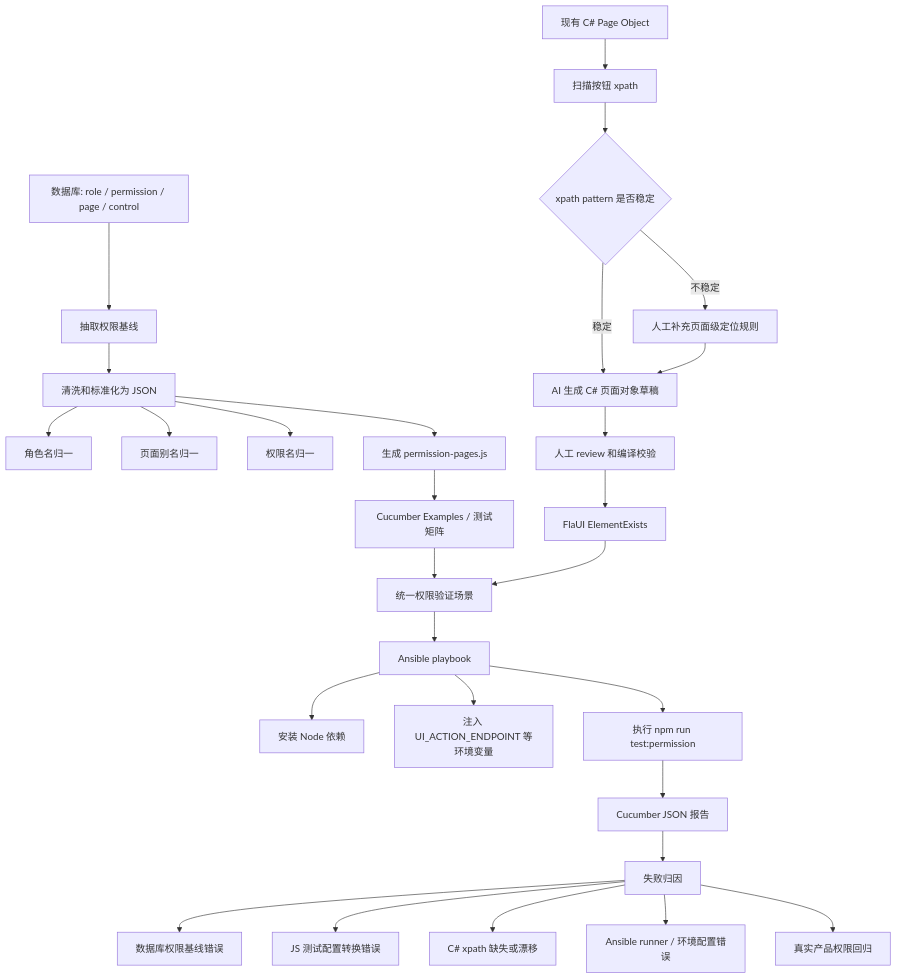
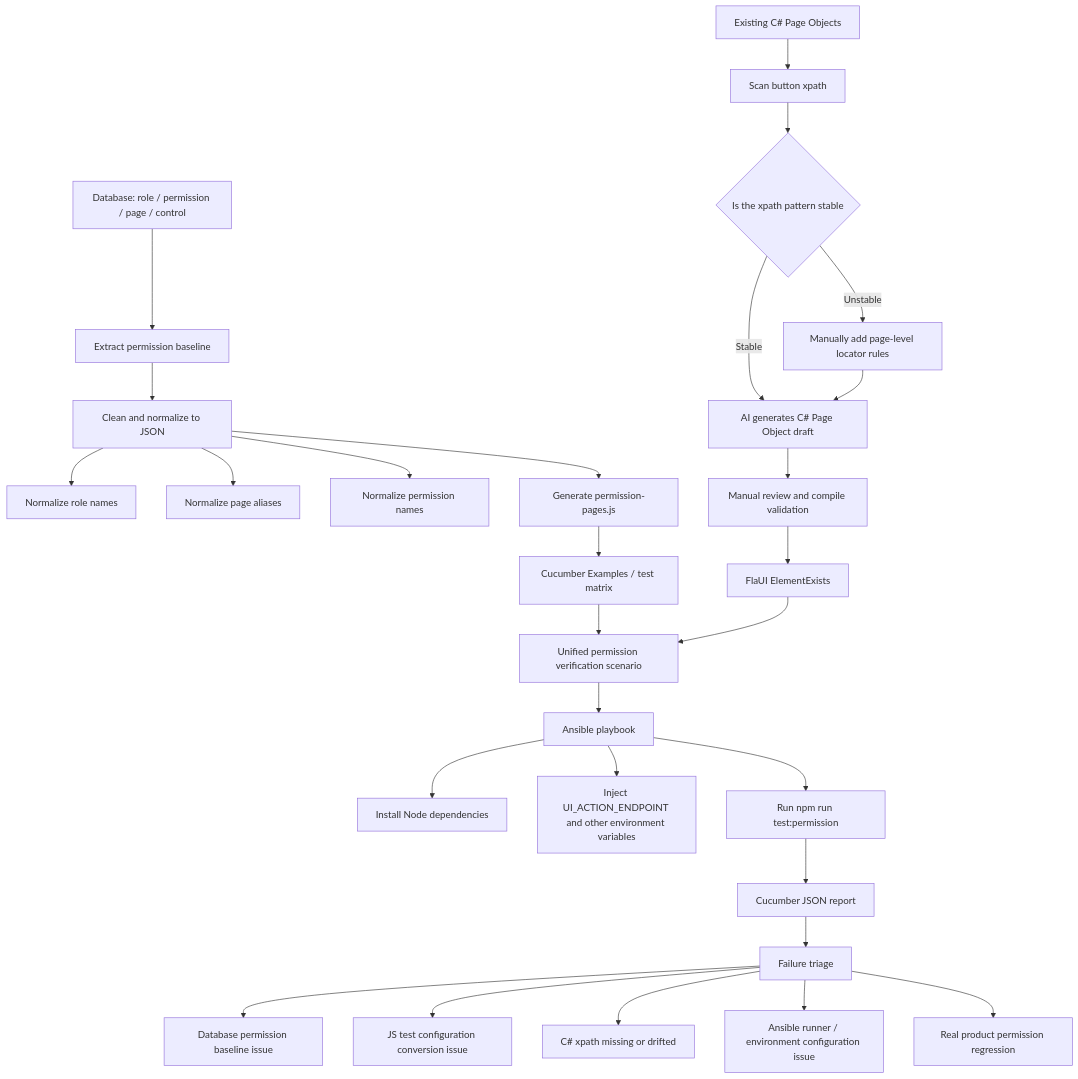
One commit to blantonsbourbon/desktop-test changed the diagram in README.md. Above: the diagram before and after it, drawn with Mermaid. The commit also changed other lines of this file, not shown here.

````diff
--- a/README.md
+++ b/README.md
@@ -58,33 +58,33 @@
 ```mermaid
 flowchart TD
-    A["数据库: role / permission / page / control"] --> B["抽取权限基线"]
-    B --> C["清洗和标准化为 JSON"]
-    C --> C1["角色名归一"]
-    C --> C2["页面别名归一"]
-    C --> C3["权限名归一"]
-    C --> D["生成 permission-pages.js"]
+    A["Database: role / permission / page / control"] --> B["Extract permission baseline"]
+    B --> C["Clean and normalize to JSON"]
+    C --> C1["Normalize role names"]
+    C --> C2["Normalize page aliases"]
+    C --> C3["Normalize permission names"]
+    C --> D["Generate permission-pages.js"]
 
-    E["现有 C# Page Object"] --> F["扫描按钮 xpath"]
-    F --> G{"xpath pattern 是否稳定"}
-    G -->|稳定| H["AI 生成 C# 页面对象草稿"]
-    G -->|不稳定| I["人工补充页面级定位规则"]
+    E["Existing C# Page Objects"] --> F["Scan button xpath"]
+    F --> G{"Is the xpath pattern stable"}
+    G -->|Stable| H["AI generates C# Page Object draft"]
+    G -->|Unstable| I["Manually add page-level locator rules"]
     I --> H
-    H --> J["人工 review 和编译校验"]
+    H --> J["Manual review and compile validation"]
 
-    D --> K["Cucumber Examples / 测试矩阵"]
+    D --> K["Cucumber Examples / test matrix"]
     J --> L["FlaUI ElementExists"]
-    K --> M["统一权限验证场景"]
+    K --> M["Unified permission verification scenario"]
     L --> M
 
     M --> N["Ansible playbook"]
-    N --> N1["安装 Node 依赖"]
-    N --> N2["注入 UI_ACTION_ENDPOINT 等环境变量"]
-    N --> N3["执行 npm run test:permission"]
-    N3 --> O["Cucumber JSON 报告"]
-    O --> P["失败归因"]
-    P --> P1["数据库权限基线错误"]
-    P --> P2["JS 测试配置转换错误"]
-    P --> P3["C# xpath 缺失或漂移"]
-    P --> P4["Ansible runner / 环境配置错误"]
-    P --> P5["真实产品权限回归"]
+    N --> N1["Install Node dependencies"]
+    N --> N2["Inject UI_ACTION_ENDPOINT and other environment variables"]
+    N --> N3["Run npm run test:permission"]
+    N3 --> O["Cucumber JSON report"]
+    O --> P["Failure triage"]
+    P --> P1["Database permission baseline issue"]
+    P --> P2["JS test configuration conversion issue"]
+    P --> P3["C# xpath missing or drifted"]
+    P --> P4["Ansible runner / environment configuration issue"]
+    P --> P5["Real product permission regression"]
 ```
````
